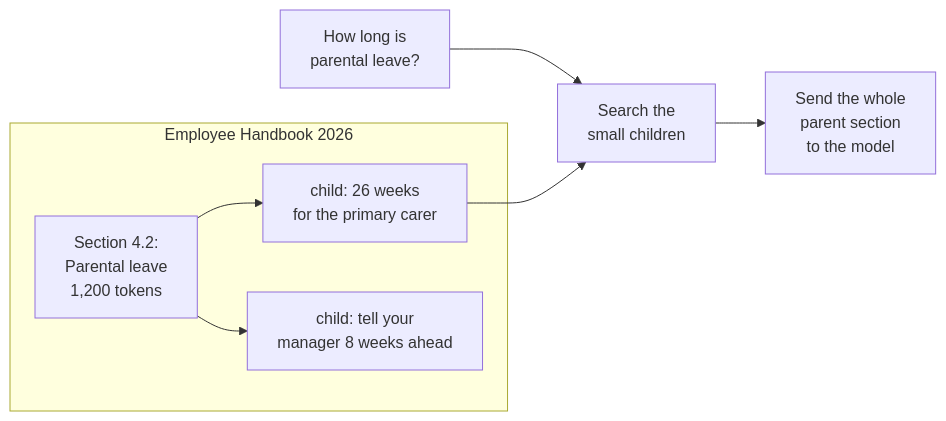
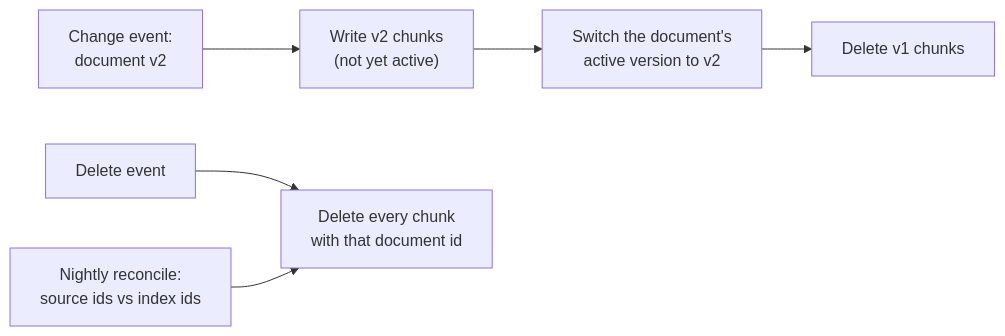
Before and after one commit to shubamchaudhary/CodeNITW: the fourth of 5 diagrams in src/Data/aiStackDocs/CH-02.md, drawn with Mermaid. The commit also changed other lines of this file and 52 other files, not shown here.

````diff
--- a/src/Data/aiStackDocs/CH-02.md
+++ b/src/Data/aiStackDocs/CH-02.md
@@ -163,11 +169,8 @@
 ```mermaid
 flowchart LR
-    subgraph DOC["Employee Handbook 2026"]
-        P3["Section 4.2:<br/>Parental leave<br/>1,200 tokens"]
-        P3 --> c12["child: 26 weeks<br/>for the primary carer"]
-        P3 --> c13["child: tell your<br/>manager 8 weeks ahead"]
-    end
-    Q["How long is<br/>parental leave?"] --> S["Search the<br/>small children"]
-    c12 --> S
-    S --> L["Send the whole<br/>parent section<br/>to the model"]
+    EV["Change event:<br/>document v2"] --> WR["Write v2 chunks<br/>(not yet active)"]
+    WR --> SW["Switch the document's<br/>active version to v2"]
+    SW --> DL["Delete v1 chunks"]
+    DEL["Delete event"] --> DA["Delete every chunk<br/>with that document id"]
+    REC["Nightly reconcile:<br/>source ids vs index ids"] --> DA
 ```
````
